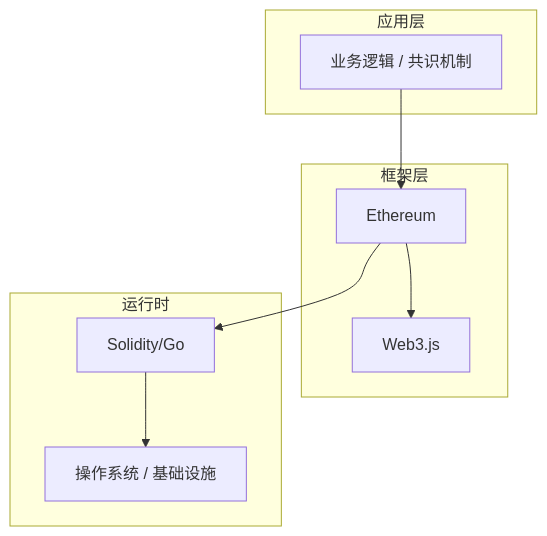
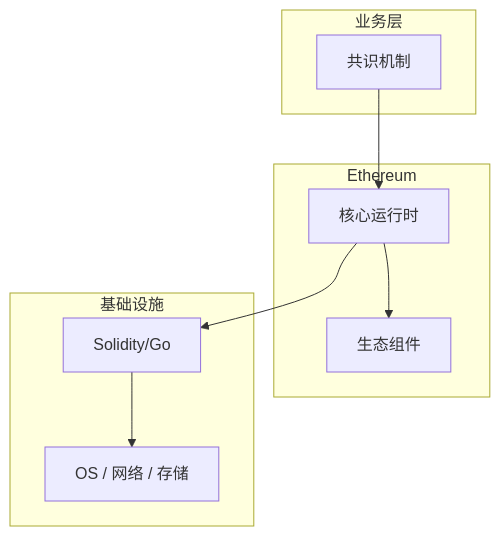
Before and after one commit to yanggan2015/knowledge-json-v2: the diagram in articles/区块链/chapters/011-共识机制核心概念与原理.md, drawn with Mermaid. The commit also changed other lines of this file and 10127 other files, not shown here.

````diff
--- a/articles/区块链/chapters/011-共识机制核心概念与原理.md
+++ b/articles/区块链/chapters/011-共识机制核心概念与原理.md
@@ -45,18 +30,18 @@
 ```mermaid
 graph TB
-    subgraph 应用层
-        A[业务逻辑 / 共识机制]
+    subgraph 业务层
+        A[共识机制]
     end
-    subgraph 框架层
-        B[Ethereum]
-        C[Web3.js]
+    subgraph Ethereum
+        B[核心运行时]
+        C[生态组件]
     end
-    subgraph 运行时
+    subgraph 基础设施
         D[Solidity/Go]
-        E[操作系统 / 基础设施]
+        E[OS / 网络 / 存储]
     end
     A --> B
     B --> C
     B --> D
     D --> E
 ```
````
